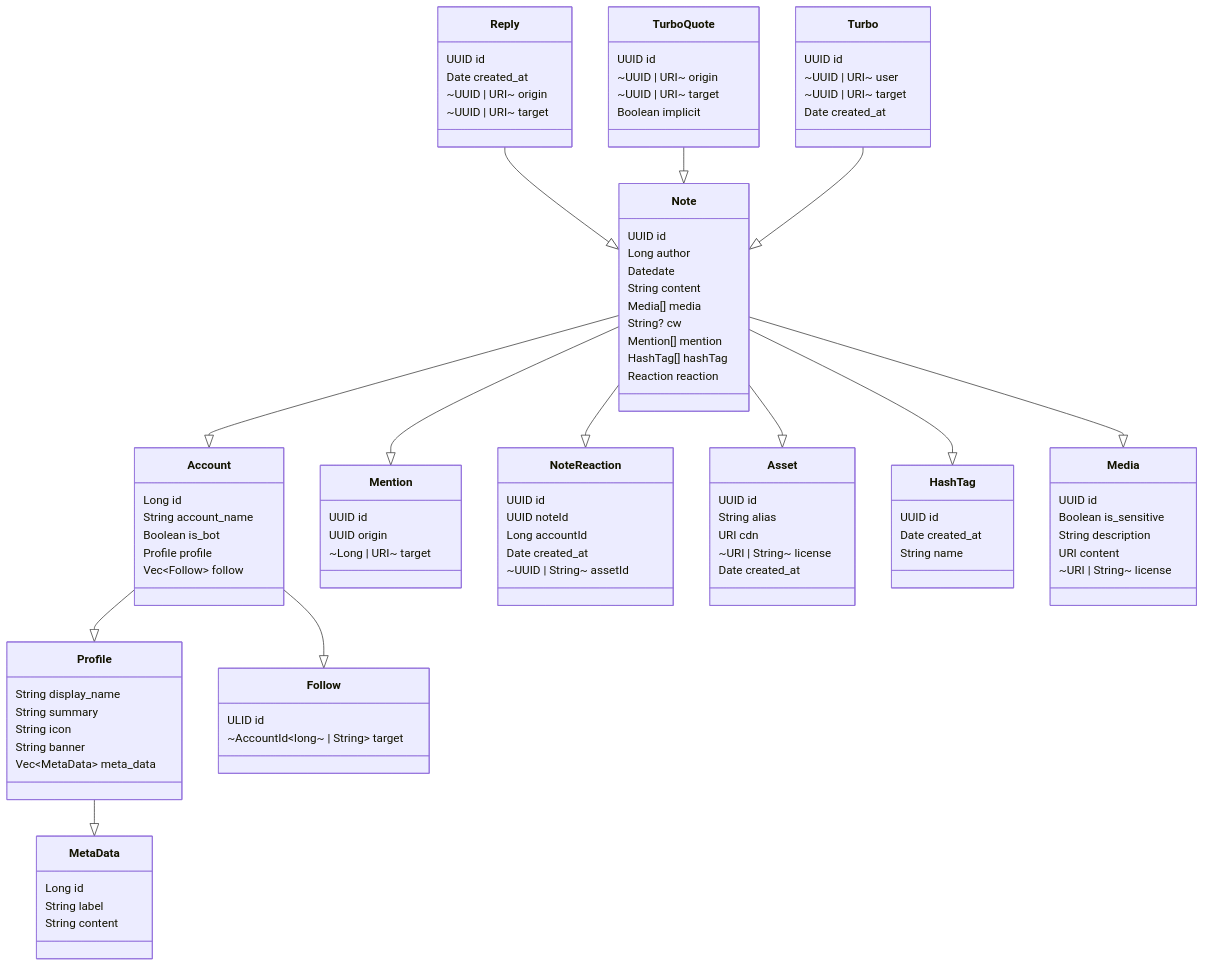
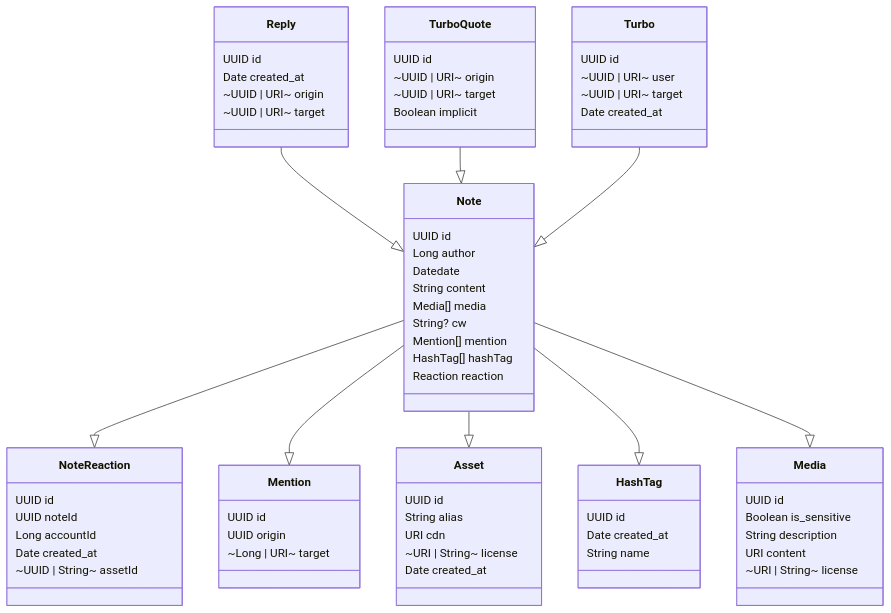
Before and after one commit to ShuttlePub/document: the second of 2 diagrams in docs/shuttlepub-core/data-structure.md, drawn with Mermaid.

Commit message:
Split structure

````diff
--- a/docs/shuttlepub-core/data-structure.md
+++ b/docs/shuttlepub-core/data-structure.md
@@ -3,33 +37,5 @@
 ```mermaid
 classDiagram
-	class Account {
-		Long id
-		String account_name
-		Boolean is_bot
-		Profile profile
-		Vec~Follow~ follow
-	}
-	class Profile {
-		String display_name
-		String summary
-		String icon
-		String banner
-		Vec~MetaData~ meta_data
-	}
-	class Follow {
-		ULID id
-		~AccountId~long~ | String~ target
-	}
-	class MetaData {
-		Long id
-		String label
-		String content
-	}
-	Account --|> Profile
-	Account --|> Follow
-	Profile --|> MetaData
-	
-	
 class Note {
 	UUID id
 	Long author
@@ -98,6 +104,4 @@
 TurboQuote--|>Note
 Turbo--|>Note
 Note--|>Media
-
-Note--|>Account
 ```
````
